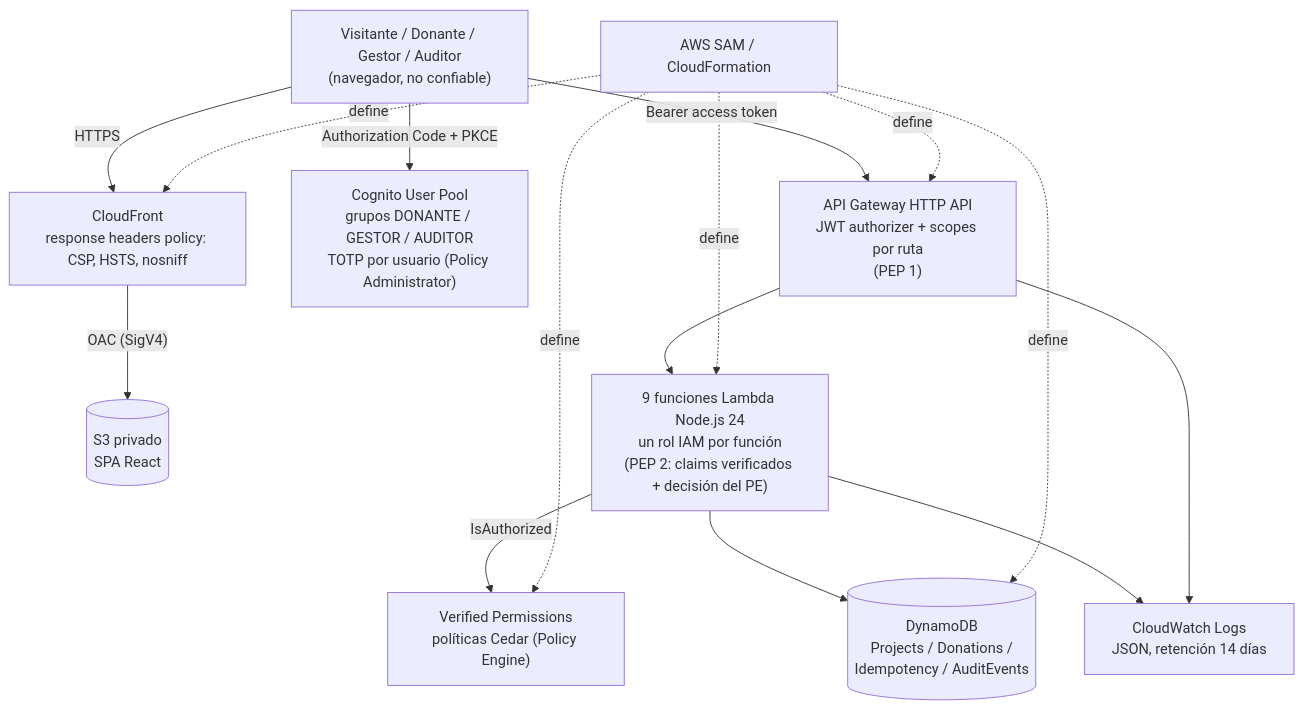
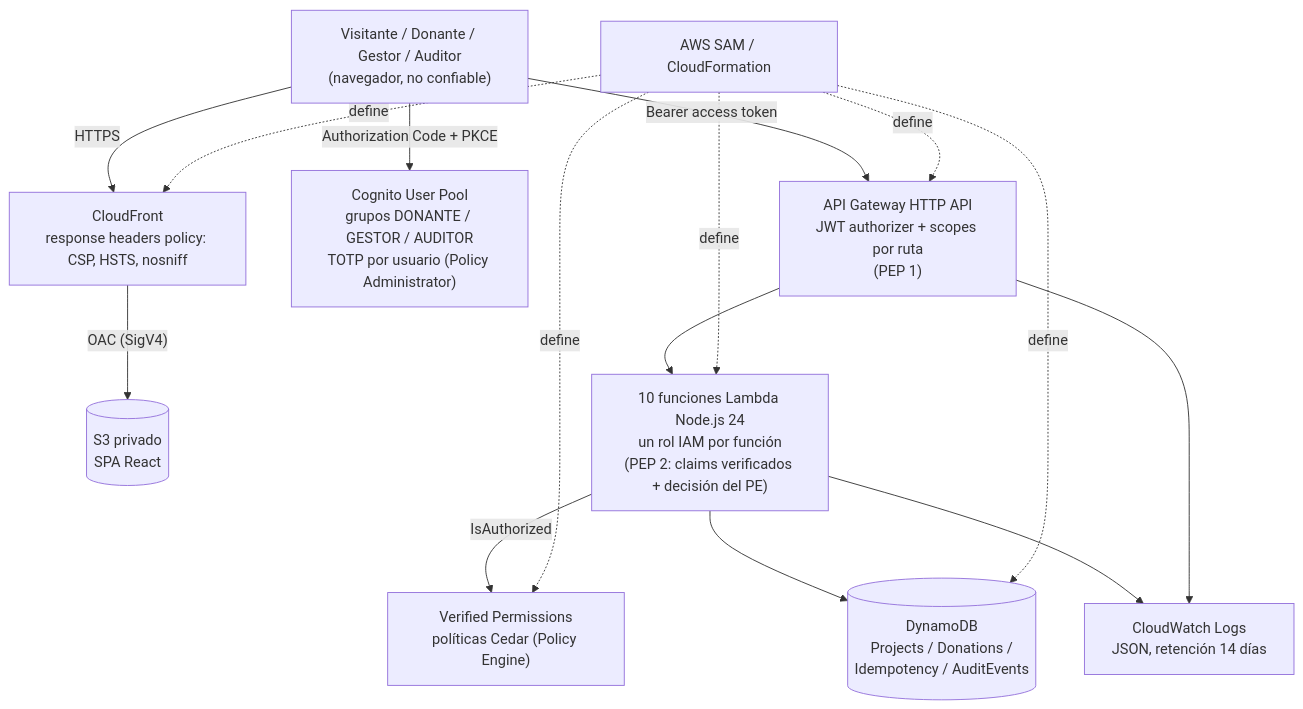
Before and after one commit to joeCuadros/secure-donations-2026: the diagram in README.md, drawn with Mermaid. The commit also changed other lines of this file and 5 other files, not shown here.

````diff
--- a/README.md
+++ b/README.md
@@ -20,17 +20,17 @@
 ```mermaid
 flowchart TD
   U["Visitante / Donante / Gestor / Auditor<br/>(navegador, no confiable)"] -->|HTTPS| CF["CloudFront<br/>response headers policy: CSP, HSTS, nosniff"]
   CF -->|"OAC (SigV4)"| S3[("S3 privado<br/>SPA React")]
   U -->|"Authorization Code + PKCE"| IDP["Cognito User Pool<br/>grupos DONANTE / GESTOR / AUDITOR<br/>TOTP por usuario (Policy Administrator)"]
   U -->|"Bearer access token"| APIG["API Gateway HTTP API<br/>JWT authorizer + scopes por ruta<br/>(PEP 1)"]
-  APIG --> FN["9 funciones Lambda Node.js 24<br/>un rol IAM por función<br/>(PEP 2: claims verificados + decisión del PE)"]
+  APIG --> FN["10 funciones Lambda Node.js 24<br/>un rol IAM por función<br/>(PEP 2: claims verificados + decisión del PE)"]
   FN -->|IsAuthorized| AVP["Verified Permissions<br/>políticas Cedar (Policy Engine)"]
   FN --> DB[("DynamoDB<br/>Projects / Donations /<br/>Idempotency / AuditEvents")]
   FN --> LOG["CloudWatch Logs<br/>JSON, retención 14 días"]
   APIG --> LOG
   SAM["AWS SAM / CloudFormation"] -. define .-> APIG
   SAM -. define .-> FN
   SAM -. define .-> DB
   SAM -. define .-> AVP
   SAM -. define .-> CF
 ```
````
